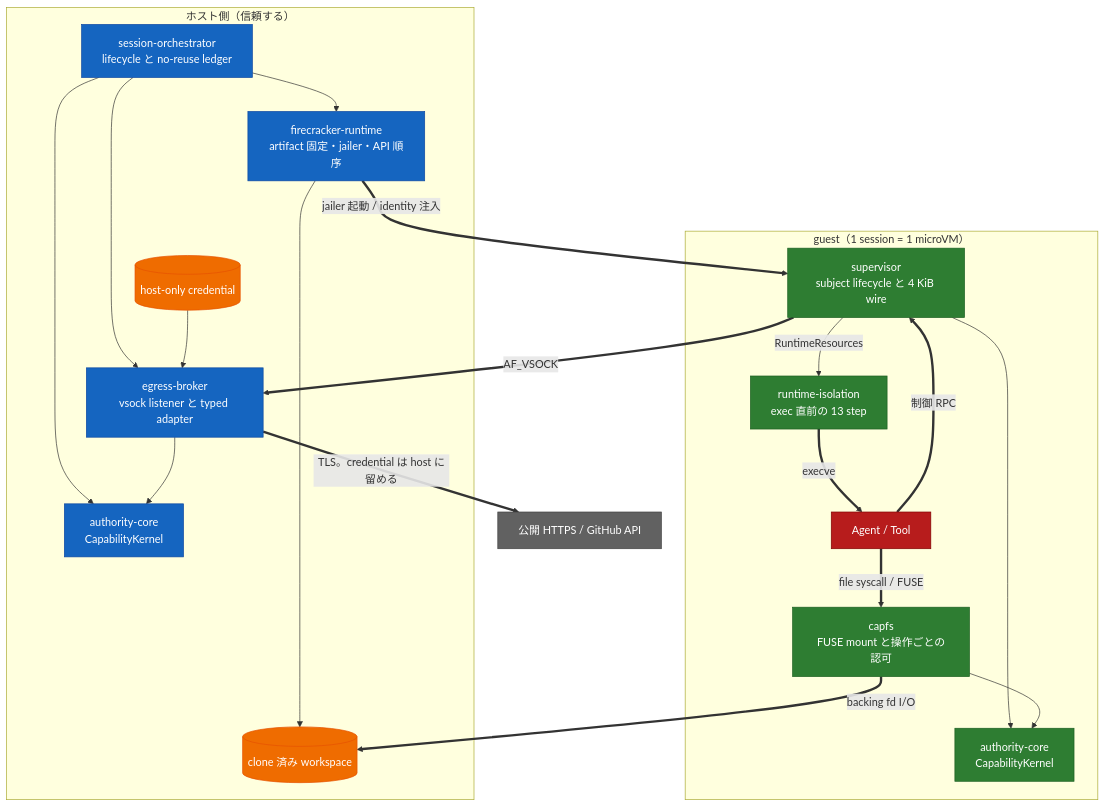
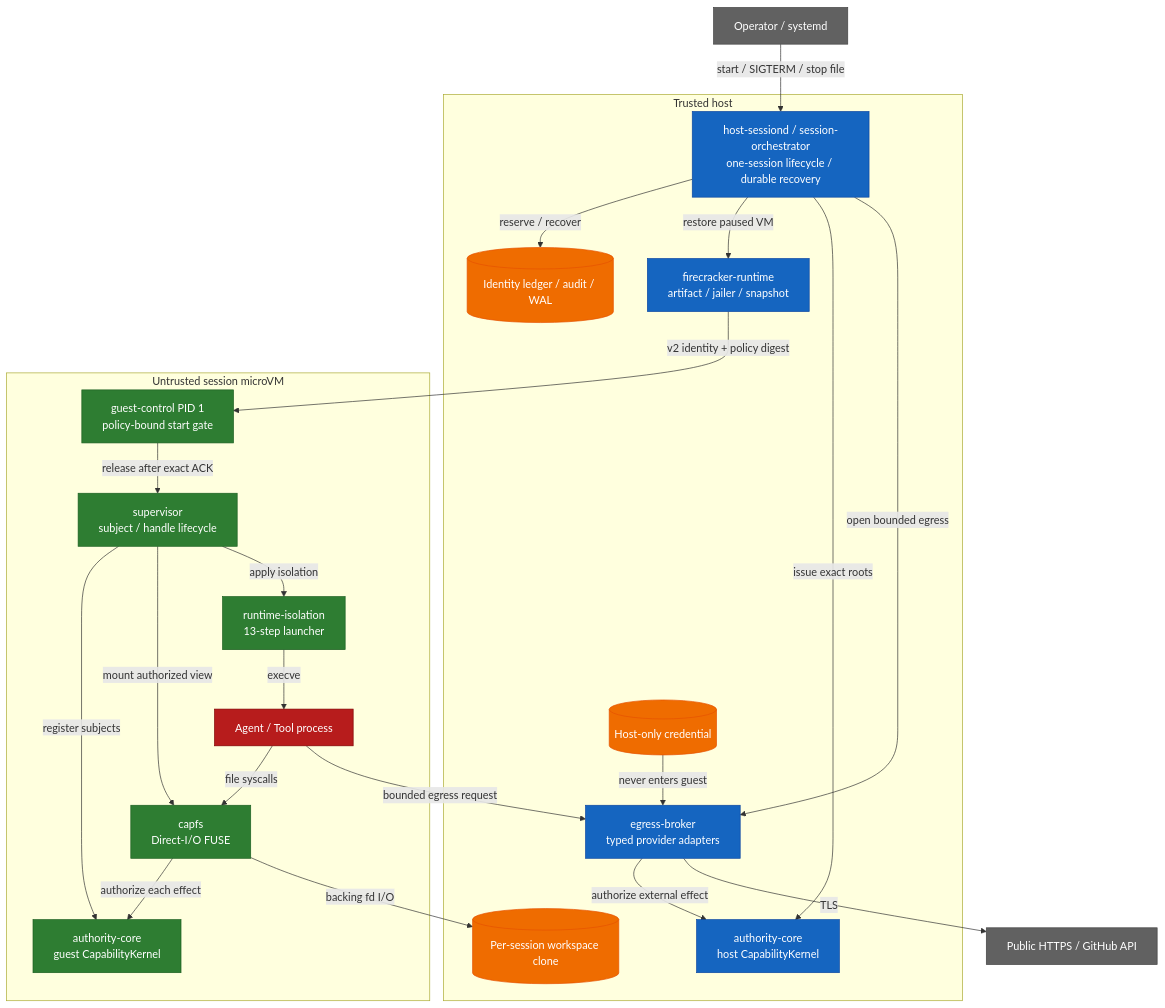
The diagram in README.md (Aqua-218/SecCamp-AIAgent), drawn with Mermaid before and after one commit. The commit also changed other lines of this file, not shown here.

````diff
--- a/README.md
+++ b/README.md
@@ -35,49 +58,54 @@
 ```mermaid
 flowchart TB
-    subgraph host["ホスト側（信頼する）"]
-        orch["session-orchestrator<br/>lifecycle と no-reuse ledger"]
-        akh["authority-core<br/>CapabilityKernel"]
-        broker["egress-broker<br/>vsock listener と typed adapter"]
-        fcrt["firecracker-runtime<br/>artifact 固定・jailer・API 順序"]
-        cred[("host-only credential")]
-        ws[("clone 済み workspace")]
+    operator["Operator / systemd"]
+    external["Public HTTPS / GitHub API"]
+
+    subgraph host["Trusted host"]
+        orchestrator["host-sessiond / session-orchestrator<br/>one-session lifecycle / durable recovery"]
+        hostAuthority["authority-core<br/>host CapabilityKernel"]
+        runtime["firecracker-runtime<br/>artifact / jailer / snapshot"]
+        broker["egress-broker<br/>typed provider adapters"]
+        ledger[("Identity ledger / audit / WAL")]
+        credential[("Host-only credential")]
+        workspace[("Per-session workspace clone")]
     end
 
-    subgraph guest["guest（1 session = 1 microVM）"]
-        sup["supervisor<br/>subject lifecycle と 4 KiB wire"]
-        akg["authority-core<br/>CapabilityKernel"]
-        capfs["capfs<br/>FUSE mount と操作ごとの認可"]
-        iso["runtime-isolation<br/>exec 直前の 13 step"]
-        wl["Agent / Tool"]
+    subgraph guest["Untrusted session microVM"]
+        guestControl["guest-control PID 1<br/>policy-bound start gate"]
+        supervisor["supervisor<br/>subject / handle lifecycle"]
+        guestAuthority["authority-core<br/>guest CapabilityKernel"]
+        capfs["capfs<br/>Direct-I/O FUSE"]
+        isolation["runtime-isolation<br/>13-step launcher"]
+        agent["Agent / Tool process"]
     end
 
-    ext["公開 HTTPS / GitHub API"]
-
-    orch --> akh
-    orch --> fcrt
-    orch --> broker
-    cred --> broker
-    fcrt ==>|"jailer 起動 / identity 注入"| sup
-    fcrt --> ws
-    sup --> akg
-    capfs --> akg
-    sup -->|"RuntimeResources"| iso
-    iso ==>|"execve"| wl
-    wl ==>|"file syscall / FUSE"| capfs
-    wl ==>|"制御 RPC"| sup
-    capfs ==>|"backing fd I/O"| ws
-    sup ==>|"AF_VSOCK"| broker
-    broker --> akh
-    broker ==>|"TLS。credential は host に留める"| ext
+    operator -->|"start / SIGTERM / stop file"| orchestrator
+    orchestrator -->|"reserve / recover"| ledger
+    orchestrator -->|"restore paused VM"| runtime
+    orchestrator -->|"issue exact roots"| hostAuthority
+    orchestrator -->|"open bounded egress"| broker
+    runtime -->|"v2 identity + policy digest"| guestControl
+    guestControl -->|"release after exact ACK"| supervisor
+    supervisor -->|"register subjects"| guestAuthority
+    supervisor -->|"mount authorized view"| capfs
+    supervisor -->|"apply isolation"| isolation
+    isolation -->|"execve"| agent
+    agent -->|"file syscalls"| capfs
+    capfs -->|"authorize each effect"| guestAuthority
+    capfs -->|"backing fd I/O"| workspace
+    agent -->|"bounded egress request"| broker
+    broker -->|"authorize external effect"| hostAuthority
+    credential -->|"never enters guest"| broker
+    broker -->|"TLS"| external
 
     classDef trusted fill:#1565c0,color:#fff,stroke:#0d47a1;
-    classDef guestside fill:#2e7d32,color:#fff,stroke:#1b5e20;
+    classDef guestService fill:#2e7d32,color:#fff,stroke:#1b5e20;
     classDef untrusted fill:#b71c1c,color:#fff,stroke:#7f0000;
-    classDef data fill:#ef6c00,color:#fff,stroke:#e65100;
-    classDef external fill:#616161,color:#fff,stroke:#424242;
-    class orch,akh,broker,fcrt trusted;
-    class sup,akg,capfs,iso guestside;
-    class wl untrusted;
-    class ws,cred data;
-    class ext external;
+    classDef storage fill:#ef6c00,color:#fff,stroke:#e65100;
+    classDef outside fill:#616161,color:#fff,stroke:#424242;
+    class orchestrator,hostAuthority,runtime,broker trusted;
+    class guestControl,supervisor,guestAuthority,capfs,isolation guestService;
+    class agent untrusted;
+    class ledger,credential,workspace storage;
+    class operator,external outside;
 ```
````
